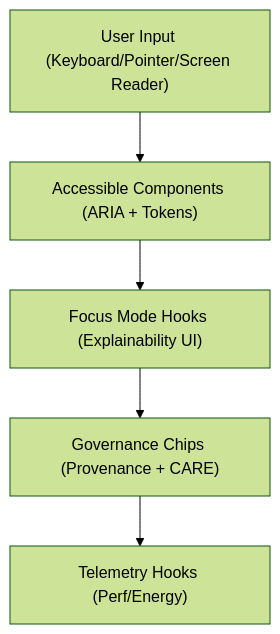
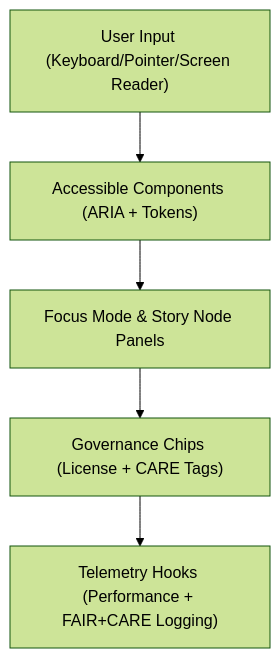
The diagram in web/src/components/README.md (bartytime4life/Kansas-Frontier-Matrix), drawn with Mermaid (forest theme) before and after one commit. The commit also changed other lines of this file, not shown here.

````diff
--- a/web/src/components/README.md
+++ b/web/src/components/README.md
@@ -83,7 +96,7 @@
 ```mermaid
 flowchart TD
 A["User Input (Keyboard/Pointer/Screen Reader)"] --> B["Accessible Components (ARIA + Tokens)"]
-B --> C["Focus Mode Hooks (Explainability UI)"]
-C --> D["Governance Chips (Provenance + CARE)"]
-D --> E["Telemetry Hooks (Perf/Energy)"]
+B --> C["Focus Mode & Story Node Panels"]
+C --> D["Governance Chips (License + CARE Tags)"]
+D --> E["Telemetry Hooks (Performance + FAIR+CARE Logging)"]
 ```
````
